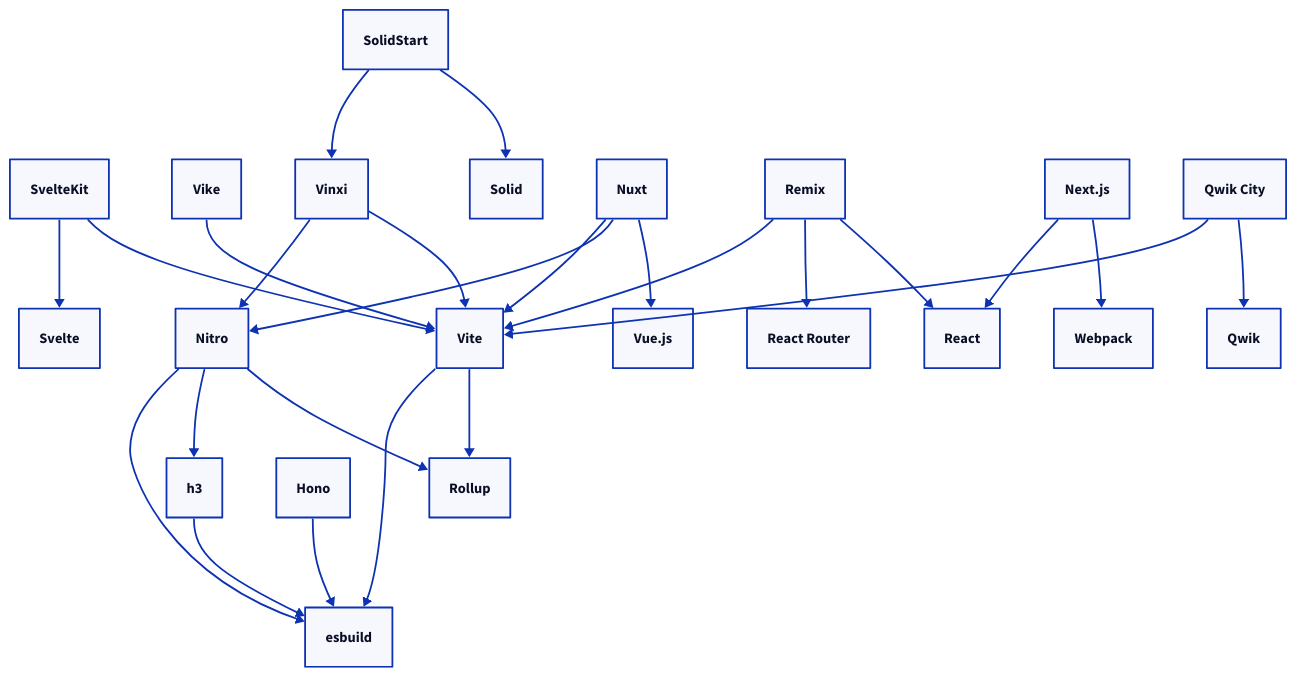
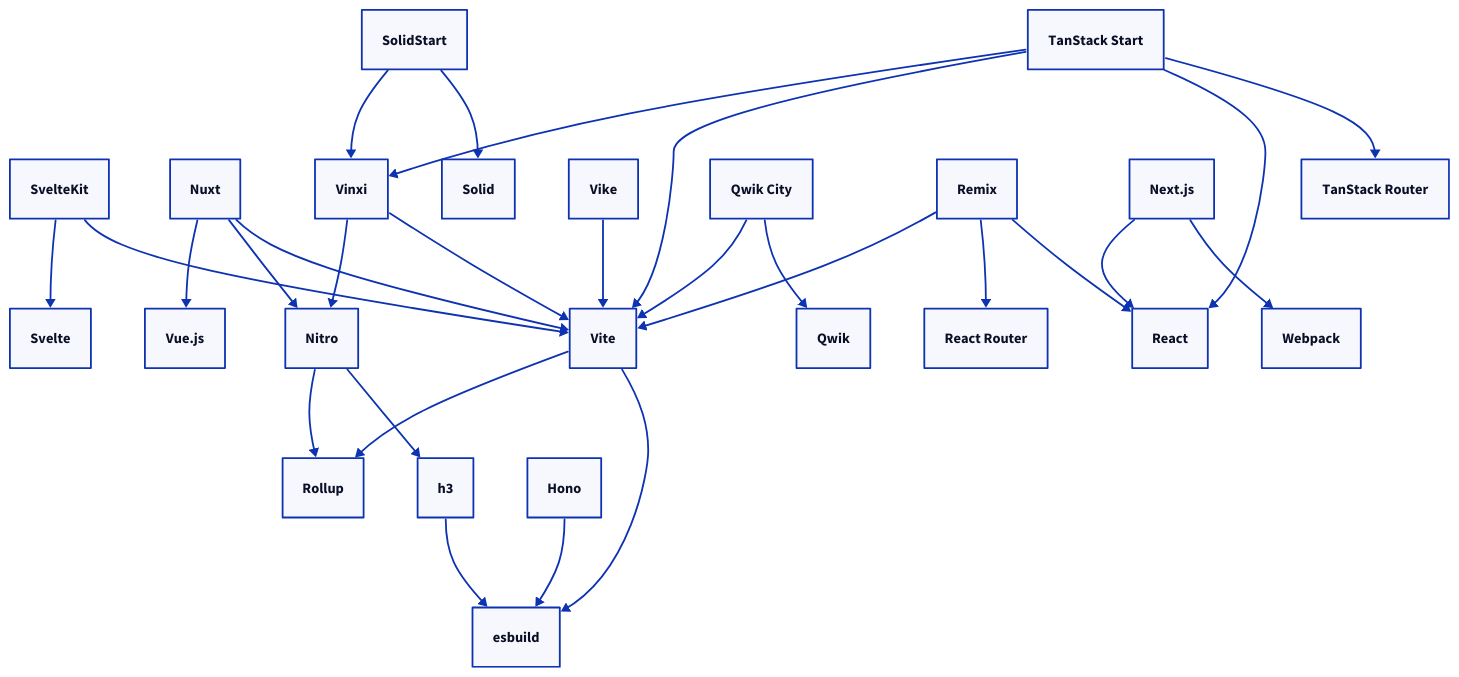
Before and after one commit to flmn/js-depends: the diagram in depends.d2, drawn with D2.

Commit message:
add TanStack Start

```diff
--- a/depends.d2
+++ b/depends.d2
@@ -1,36 +1,40 @@
 Nitro
 Vite
 
+SvelteKit -> Svelte
 SvelteKit -> Vite
-SvelteKit -> Svelte
-
-Vike -> Vite
-
-Vinxi -> Vite
-Vinxi -> Nitro
-
-SolidStart -> Solid
-SolidStart -> Vinxi
 
 Nuxt -> "Vue.js"
 Nuxt -> Nitro
 Nuxt -> Vite
+
+SolidStart -> Vinxi
+SolidStart -> Solid
+
+Vinxi -> Nitro
+Vinxi -> Vite
+
+Vike -> Vite
 
 Vite -> Rollup
 Vite -> esbuild
 
 Nitro -> Rollup
 Nitro -> h3 -> esbuild
-Nitro -> esbuild
 
+"TanStack Start" -> Vinxi
+"TanStack Start" -> Vite
+"TanStack Start" -> React
+"TanStack Start" -> "TanStack Router"
+
+"Qwik City" -> Vite
+"Qwik City" -> Qwik
+
+Remix -> Vite
+Remix -> "React Router"
 Remix -> React
-Remix -> "React Router"
-Remix -> Vite
 
+"Next.js" -> React
 "Next.js" -> Webpack
-"Next.js" -> React
 
 Hono -> esbuild
-
-"Qwik City" -> Qwik
-"Qwik City" -> Vite
```
